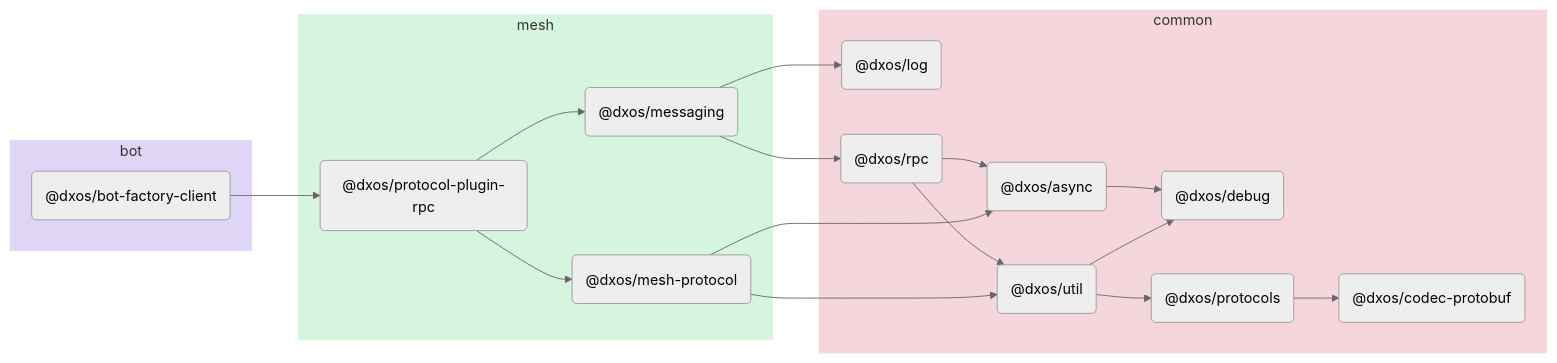
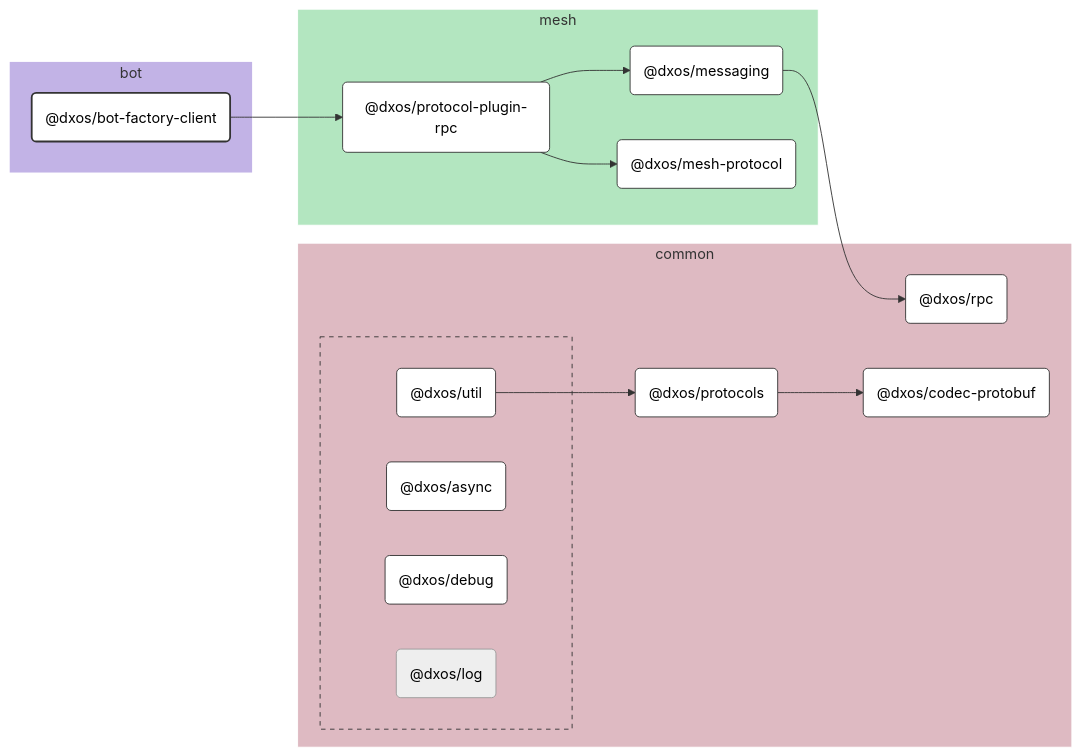
Before and after one commit to dxos/dxos: the diagram in packages/bot/bot-factory-client/docs/README.md, drawn with Mermaid (neutral theme). The commit also changed other lines of this file and 109 other files, not shown here.

````diff
--- a/packages/bot/bot-factory-client/docs/README.md
+++ b/packages/bot/bot-factory-client/docs/README.md
@@ -5,40 +7,74 @@
 ```mermaid
-flowchart LR;
+%%{ init: {'flowchart':{'curve':'basis'}} }%%
 
+flowchart LR
+
+%% Links
+dxos/bot-factory-client --> dxos/protocol-plugin-rpc;
+dxos/messaging --> dxos/rpc;
+dxos/protocol-plugin-rpc --> dxos/mesh-protocol;
+dxos/protocol-plugin-rpc --> dxos/messaging;
+dxos/protocols --> dxos/codec-protobuf;
+dxos/util --> dxos/protocols;
+
+%% Sections
 subgraph bot
-  style bot fill:#dfd6f5,stroke:#fff;
-  dxos/bot-factory-client("@dxos/bot-factory-client");
+  style bot fill:#c2b3e6,stroke:#fff;
+
+  dxos/bot-factory-client("@dxos/bot-factory-client")
 end
 
 subgraph common
-  style common fill:#f5d6dd,stroke:#fff;
-  dxos/async("@dxos/async");
-  dxos/debug("@dxos/debug");
-  dxos/codec-protobuf("@dxos/codec-protobuf");
-  dxos/log("@dxos/log");
-  dxos/protocols("@dxos/protocols");
-  dxos/rpc("@dxos/rpc");
-  dxos/util("@dxos/util");
+  style common fill:#debac2,stroke:#fff;
+
+  dxos/codec-protobuf("@dxos/codec-protobuf")
+  dxos/protocols("@dxos/protocols")
+  dxos/rpc("@dxos/rpc")
+
+  subgraph common-excluded [ ]
+    style common-excluded fill:#debac2,stroke:#333,stroke-dasharray:5 5;
+
+    dxos/async("@dxos/async")
+    dxos/debug("@dxos/debug")
+    dxos/log("@dxos/log")
+    dxos/util("@dxos/util")
+  end
 end
 
 subgraph mesh
-  style mesh fill:#d6f5de,stroke:#fff;
-  dxos/protocol-plugin-rpc("@dxos/protocol-plugin-rpc");
-  dxos/messaging("@dxos/messaging");
-  dxos/mesh-protocol("@dxos/mesh-protocol");
+  style mesh fill:#b3e6c0,stroke:#fff;
+
+  dxos/mesh-protocol("@dxos/mesh-protocol")
+  dxos/messaging("@dxos/messaging")
+  dxos/protocol-plugin-rpc("@dxos/protocol-plugin-rpc")
 end
 
-dxos/async --> dxos/debug;
-dxos/bot-factory-client --> dxos/protocol-plugin-rpc;
-dxos/protocol-plugin-rpc --> dxos/messaging;
-dxos/messaging --> dxos/log;
-dxos/protocols --> dxos/codec-protobuf;
-dxos/messaging --> dxos/rpc;
-dxos/rpc --> dxos/async;
-dxos/rpc --> dxos/util;
-dxos/util --> dxos/debug;
-dxos/util --> dxos/protocols;
-dxos/protocol-plugin-rpc --> dxos/mesh-protocol;
-dxos/mesh-protocol --> dxos/async;
-dxos/mesh-protocol --> dxos/util;
+
+%% Hyperlinks
+click dxos/async href "https:/github.com/dxos/dxos/tree/main/packages/common/async/docs";
+click dxos/codec-protobuf href "https:/github.com/dxos/dxos/tree/main/packages/common/codec-protobuf/docs";
+click dxos/debug href "https:/github.com/dxos/dxos/tree/main/packages/common/debug/docs";
+click dxos/mesh-protocol href "https:/github.com/dxos/dxos/tree/main/packages/mesh/mesh-protocol/docs";
+click dxos/messaging href "https:/github.com/dxos/dxos/tree/main/packages/mesh/messaging/docs";
+click dxos/protocol-plugin-rpc href "https:/github.com/dxos/dxos/tree/main/packages/mesh/protocol-plugin-rpc/docs";
+click dxos/protocols href "https:/github.com/dxos/dxos/tree/main/packages/common/protocols/docs";
+click dxos/rpc href "https:/github.com/dxos/dxos/tree/main/packages/common/rpc/docs";
+click dxos/util href "https:/github.com/dxos/dxos/tree/main/packages/common/util/docs";
+
+%% Styles
+classDef rootNode fill:#fff,stroke:#333,stroke-width:2px
+classDef defaultNode fill:#fff,stroke:#333,stroke-width:1px
+linkStyle default stroke:#333,stroke-width:1px
+
+dxos/bot-factory-client:::rootNode
+
+dxos/async:::defaultNode
+dxos/codec-protobuf:::defaultNode
+dxos/debug:::defaultNode
+dxos/mesh-protocol:::defaultNode
+dxos/messaging:::defaultNode
+dxos/protocol-plugin-rpc:::defaultNode
+dxos/protocols:::defaultNode
+dxos/rpc:::defaultNode
+dxos/util:::defaultNode
 ```
````
